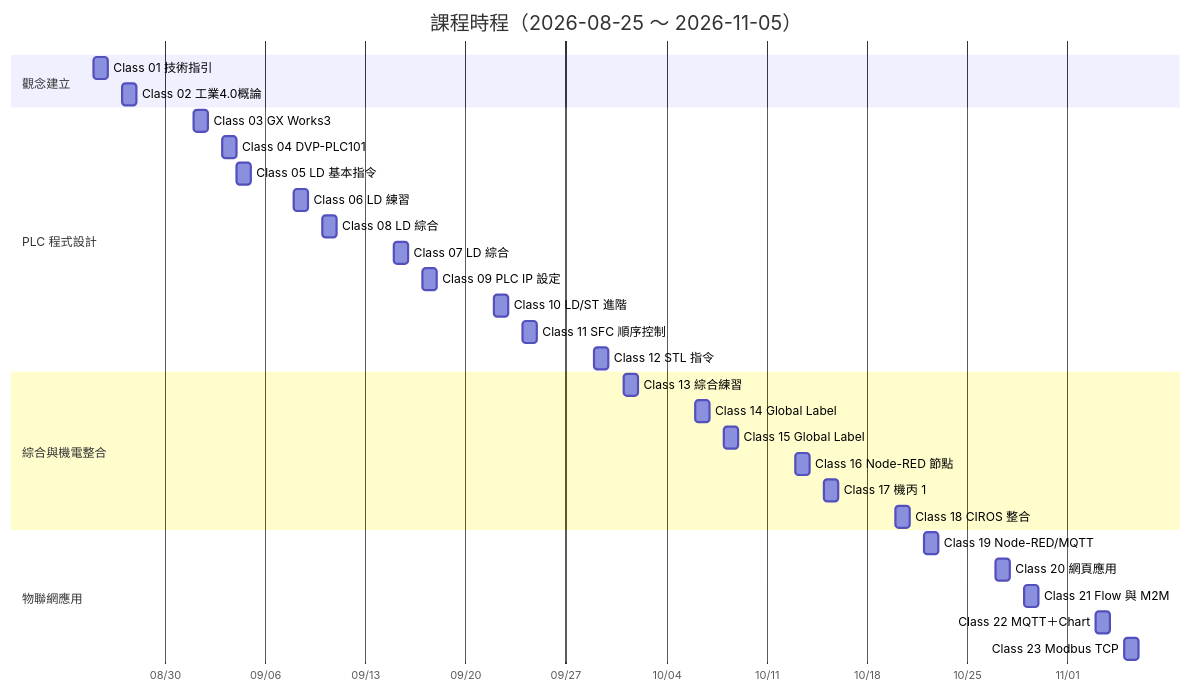
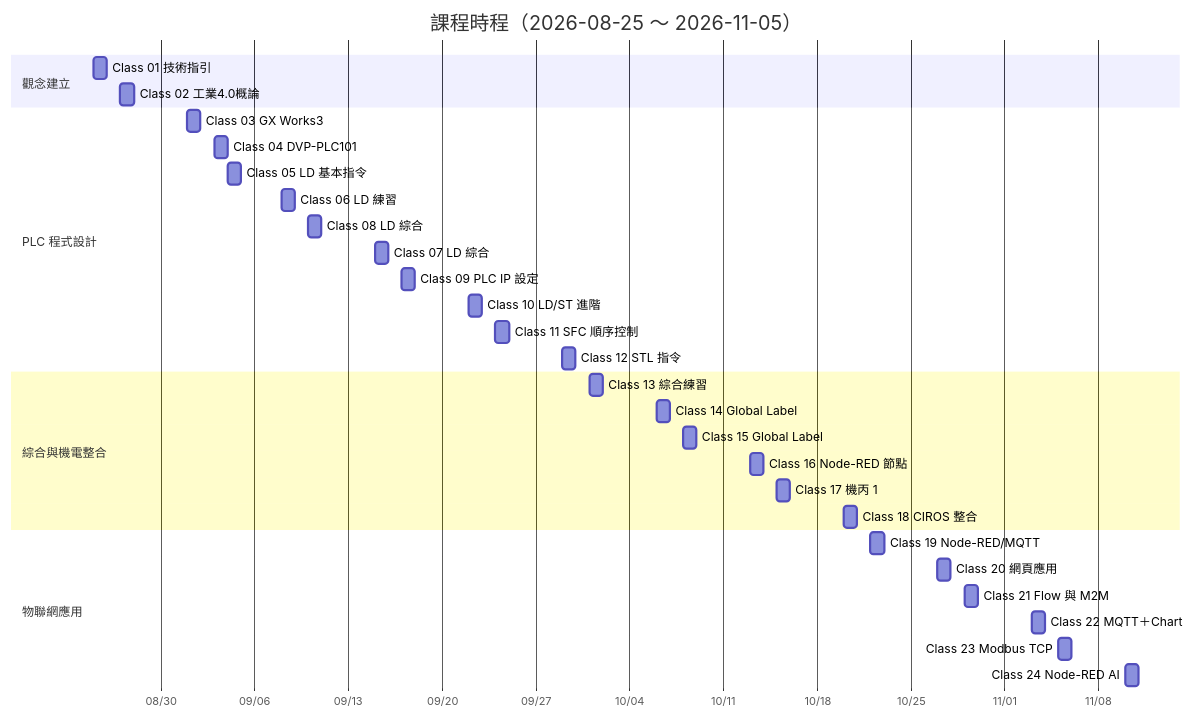
Before and after one commit to yd7148/INDUSTRY-4.0: the second of 3 diagrams in docs/COURSE-MAP.md, drawn with Mermaid. The commit also changed other lines of this file and 2 other files, not shown here.

First line of the commit message:
Update README, course map and timeline for Class-24

````diff
--- a/docs/COURSE-MAP.md
+++ b/docs/COURSE-MAP.md
@@ -62,33 +64,34 @@
 ```mermaid
 gantt
     title 課程時程（2026-08-25 ～ 2026-11-05）
     dateFormat YYYY-MM-DD
     axisFormat %m/%d
     section 觀念建立
     Class 01 技術指引        :c01, 2026-08-25, 1d
     Class 02 工業4.0概論      :c02, 2026-08-27, 1d
     section PLC 程式設計
     Class 03 GX Works3       :c03, 2026-09-01, 1d
     Class 04 DVP-PLC101      :c04, 2026-09-03, 1d
     Class 05 LD 基本指令      :c05, 2026-09-04, 1d
     Class 06 LD 練習          :c06, 2026-09-08, 1d
     Class 08 LD 綜合          :c08, 2026-09-10, 1d
     Class 07 LD 綜合          :c07, 2026-09-15, 1d
     Class 09 PLC IP 設定      :c09, 2026-09-17, 1d
     Class 10 LD/ST 進階       :c10, 2026-09-22, 1d
     Class 11 SFC 順序控制     :c11, 2026-09-24, 1d
     Class 12 STL 指令         :c12, 2026-09-29, 1d
     section 綜合與機電整合
     Class 13 綜合練習         :c13, 2026-10-01, 1d
     Class 14 Global Label    :c14, 2026-10-06, 1d
     Class 15 Global Label    :c15, 2026-10-08, 1d
     Class 16 Node-RED 節點    :c16, 2026-10-13, 1d
     Class 17 機丙 1           :c17, 2026-10-15, 1d
     Class 18 CIROS 整合       :c18, 2026-10-20, 1d
     section 物聯網應用
     Class 19 Node-RED/MQTT   :c19, 2026-10-22, 1d
     Class 20 網頁應用         :c20, 2026-10-27, 1d
     Class 21 Flow 與 M2M      :c21, 2026-10-29, 1d
     Class 22 MQTT＋Chart     :c22, 2026-11-03, 1d
     Class 23 Modbus TCP      :c23, 2026-11-05, 1d
+    Class 24 Node-RED AI     :c24, 2026-11-10, 1d
 ```
````
